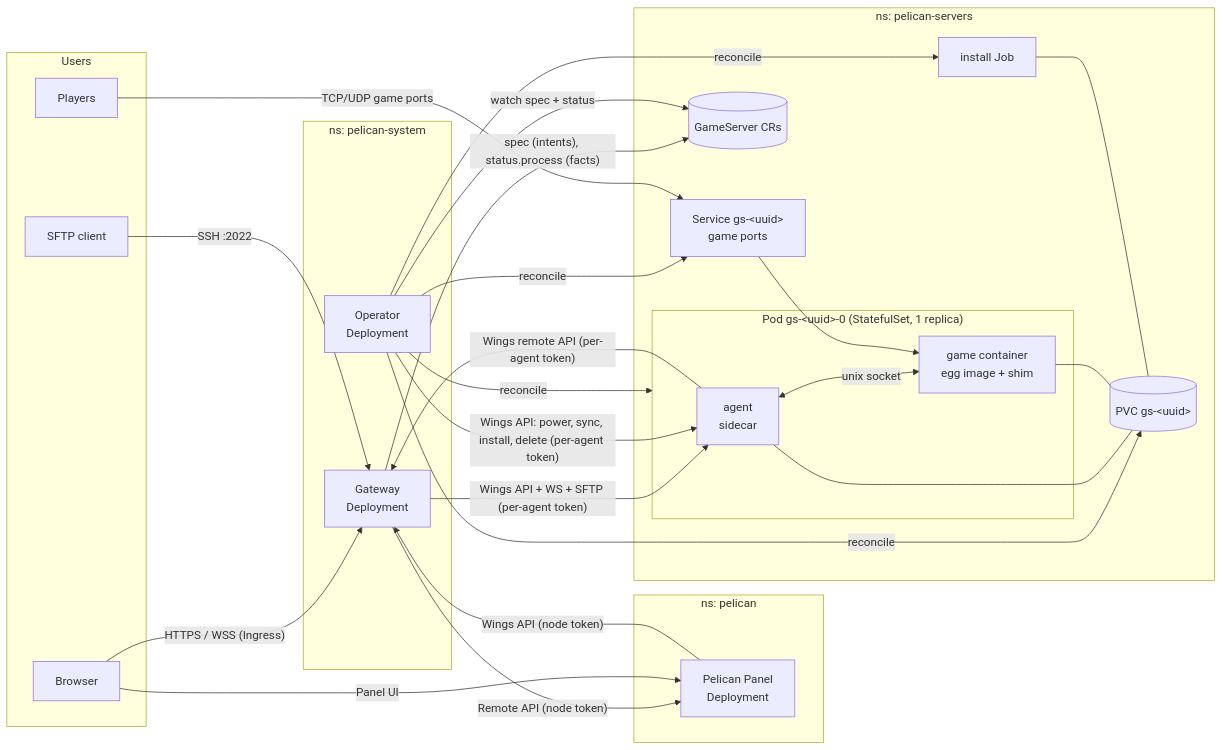
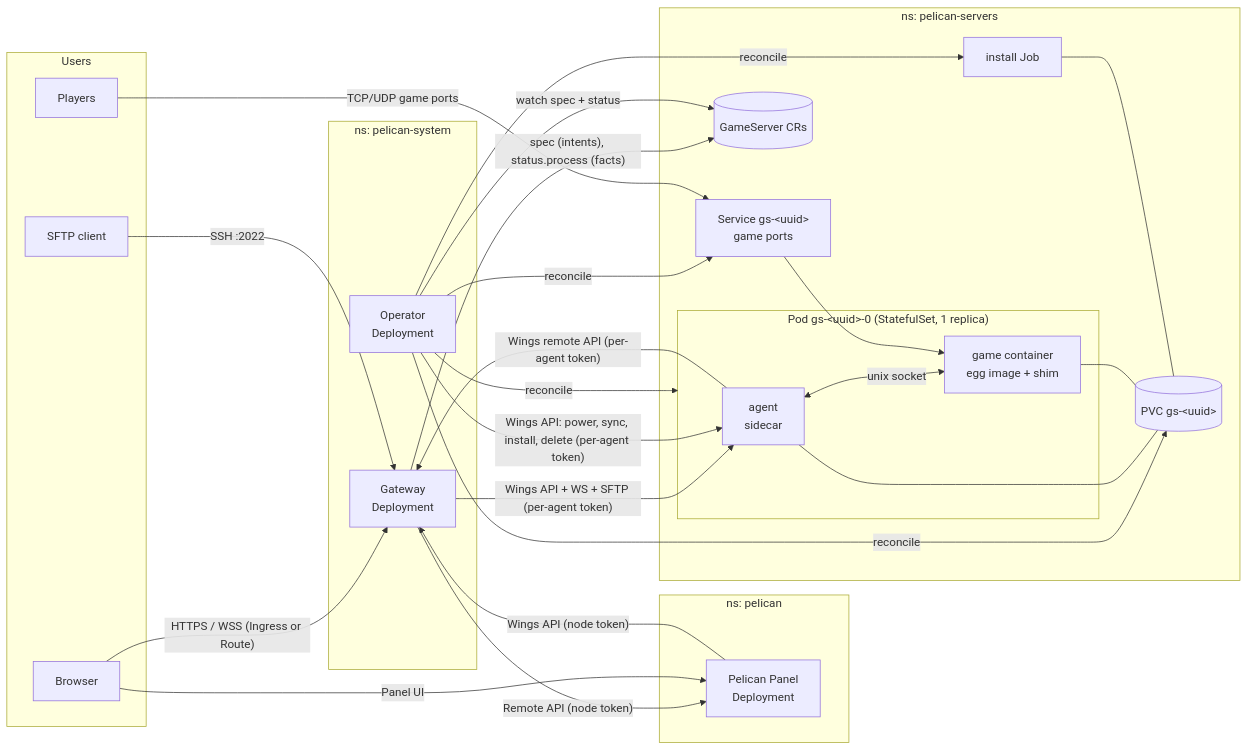
The first of 5 diagrams in ARCHITECTURE.md (Claiyc/pelican-k8s), drawn with Mermaid before and after one commit. The commit also changed other lines of this file and 3 other files, not shown here.

First line of the commit message:
Rewrite ARCHITECTURE.md to describe the current system

````diff
--- a/ARCHITECTURE.md
+++ b/ARCHITECTURE.md
@@ -104,47 +74,47 @@
 ```mermaid
 flowchart LR
   subgraph Users
     B[Browser]
     S[SFTP client]
     P[Players]
   end
 
   subgraph ns-panel["ns: pelican"]
     PANEL[Pelican Panel<br/>Deployment]
   end
 
   subgraph ns-system["ns: pelican-system"]
     GW[Gateway<br/>Deployment]
     OP[Operator<br/>Deployment]
   end
 
   subgraph ns-servers["ns: pelican-servers"]
     CR[(GameServer CRs)]
     subgraph POD["Pod gs-&lt;uuid&gt;-0 (StatefulSet, 1 replica)"]
       AG[agent<br/>sidecar]
       GM[game container<br/>egg image + shim]
     end
     PVC[(PVC gs-&lt;uuid&gt;)]
     SVC[Service gs-&lt;uuid&gt;<br/>game ports]
     JOB[install Job]
   end
 
-  B -- "HTTPS / WSS (Ingress)" --> GW
+  B -- "HTTPS / WSS (Ingress or Route)" --> GW
   S -- "SSH :2022" --> GW
   PANEL -- "Wings API (node token)" --> GW
   GW -- "Remote API (node token)" --> PANEL
   B -- "Panel UI" --> PANEL
 
   GW -- "Wings API + WS + SFTP (per-agent token)" --> AG
   AG -- "Wings remote API (per-agent token)" --> GW
   OP -- "Wings API: power, sync, install, delete (per-agent token)" --> AG
   GW -- "spec (intents), status.process (facts)" --> CR
   OP -- "watch spec + status" --> CR
   OP -- "reconcile" --> POD & PVC & SVC & JOB
 
   AG <-- "unix socket" --> GM
   AG --- PVC
   GM --- PVC
   JOB --- PVC
   P -- "TCP/UDP game ports" --> SVC --> GM
 ```
````
